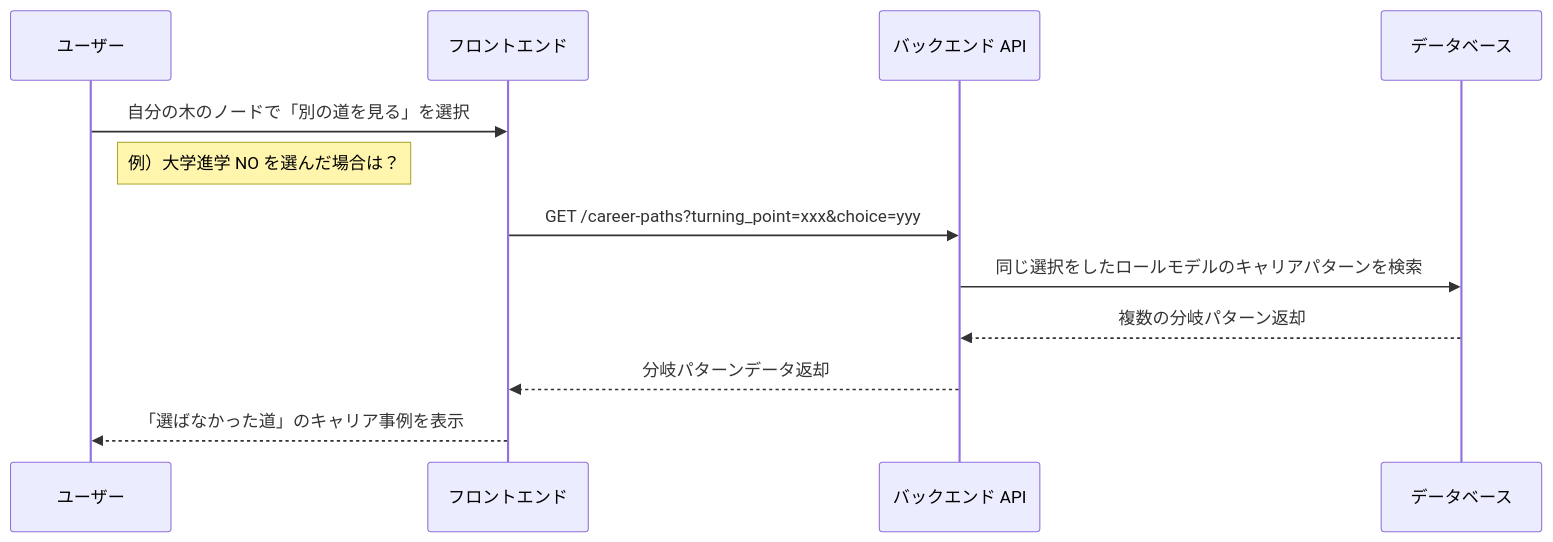
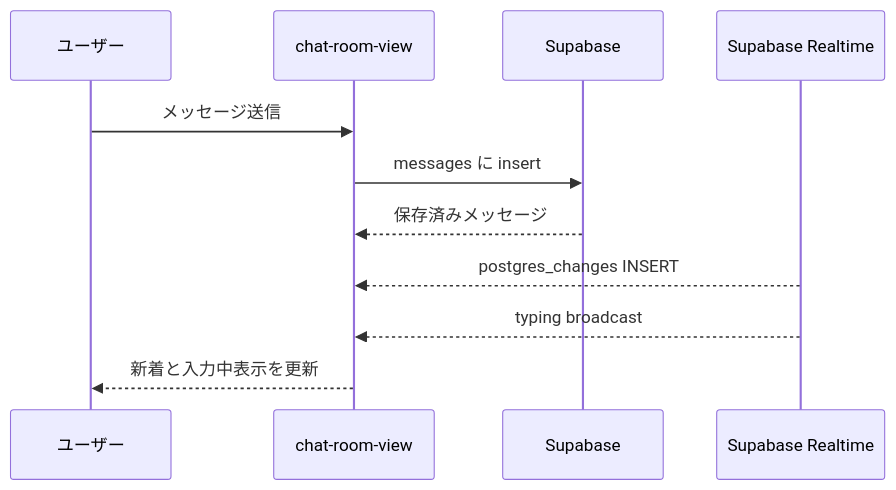
One commit to Asheze1127/hackathon-2026-in-apu changed the eighth of 9 diagrams in docs/details/process-flow.md. Above: the diagram before and after it, drawn with Mermaid. The commit also changed other lines of this file and 8 other files, not shown here.

````diff
--- a/docs/details/process-flow.md
+++ b/docs/details/process-flow.md
@@ -135,15 +169,14 @@
 ```mermaid
 sequenceDiagram
     participant User as ユーザー
-    participant FE as フロントエンド
-    participant API as バックエンド API
-    participant DB as データベース
+    participant Client as chat-room-view
+    participant DB as Supabase
+    participant RT as Supabase Realtime
 
-    User->>FE: 自分の木のノードで「別の道を見る」を選択
-    Note right of User: 例）大学進学 NO を選んだ場合は？
-    FE->>API: GET /career-paths?turning_point=xxx&choice=yyy
-    API->>DB: 同じ選択をしたロールモデルのキャリアパターンを検索
-    DB-->>API: 複数の分岐パターン返却
-    API-->>FE: 分岐パターンデータ返却
-    FE-->>User: 「選ばなかった道」のキャリア事例を表示
+    User->>Client: メッセージ送信
+    Client->>DB: messages に insert
+    DB-->>Client: 保存済みメッセージ
+    RT-->>Client: postgres_changes INSERT
+    RT-->>Client: typing broadcast
+    Client-->>User: 新着と入力中表示を更新
 ```
````
